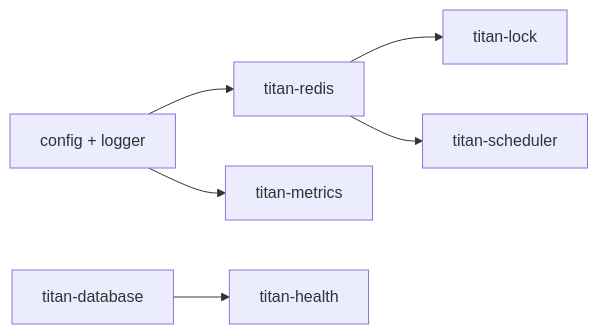
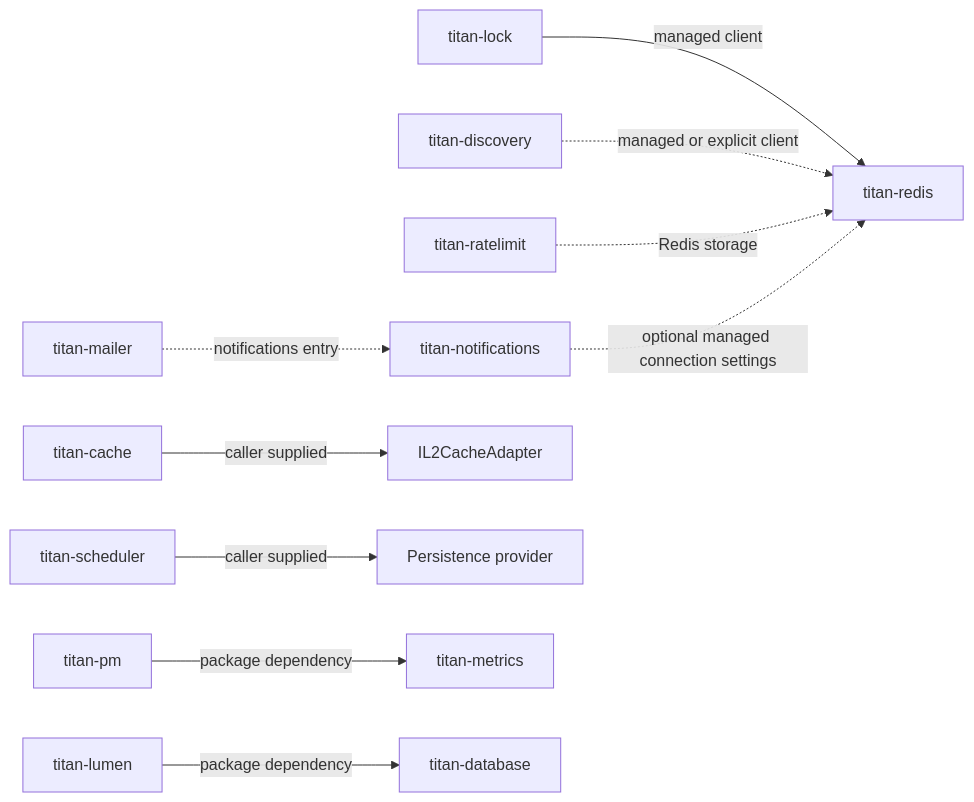
Before and after one commit to omnitron-dev/website: the diagram in docs/titan/modules/module-map.mdx, drawn with Mermaid. The commit also changed other lines of this file and 44 other files, not shown here.

````diff
--- a/docs/titan/modules/module-map.mdx
+++ b/docs/titan/modules/module-map.mdx
@@ -133,8 +18,12 @@
 ```mermaid
 flowchart LR
-  C[config + logger] --> R[titan-redis]
-  R --> L[titan-lock]
-  R --> S[titan-scheduler]
-  D[titan-database] --> H[titan-health]
-  C --> M[titan-metrics]
+  Lock[titan-lock] -- managed client --> Redis[titan-redis]
+  Discovery[titan-discovery] -. managed or explicit client .-> Redis
+  Rate[titan-ratelimit] -. Redis storage .-> Redis
+  Notify[titan-notifications] -. optional managed connection settings .-> Redis
+  Cache[titan-cache] -- caller supplied --> L2[IL2CacheAdapter]
+  Scheduler[titan-scheduler] -- caller supplied --> Persistence[Persistence provider]
+  PM[titan-pm] -- package dependency --> Metrics[titan-metrics]
+  Lumen[titan-lumen] -- package dependency --> Database[titan-database]
+  Mailer[titan-mailer] -. notifications entry .-> Notify
 ```
````
